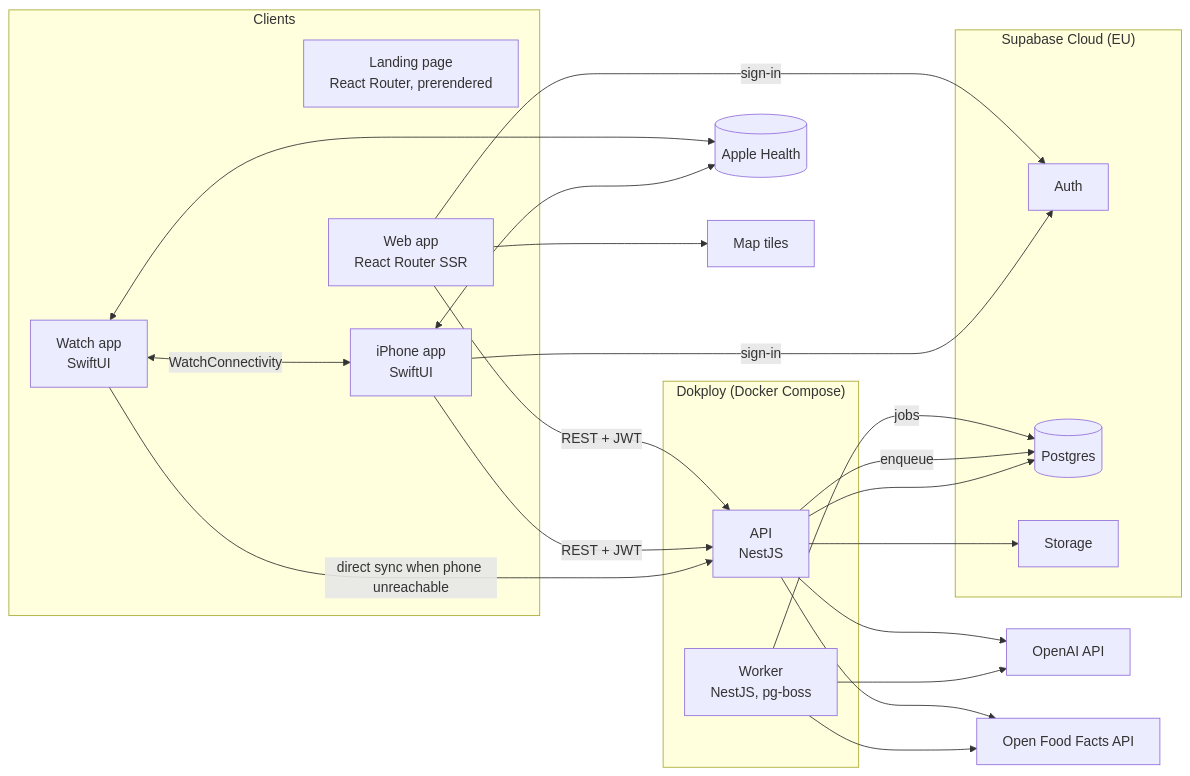
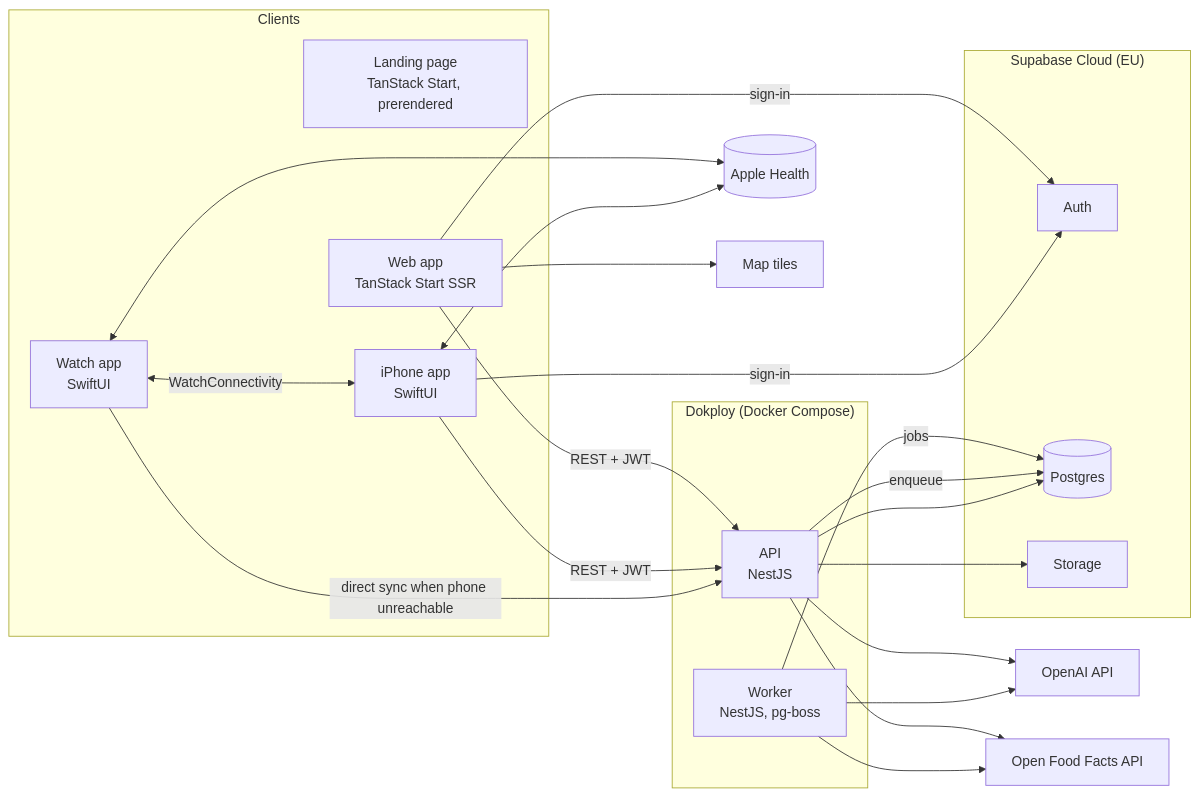
One commit to soeenplop/enduva changed the diagram in docs/plan/02-architecture.md. Above: the diagram before and after it, drawn with Mermaid. The commit also changed other lines of this file and 3 other files, not shown here.

First line of the commit message:
docs(plan): use TanStack Start for web and landing

````diff
--- a/docs/plan/02-architecture.md
+++ b/docs/plan/02-architecture.md
@@ -5,43 +5,43 @@
 ```mermaid
 flowchart LR
   subgraph Clients
-    LP[Landing page<br/>React Router, prerendered]
-    WEB[Web app<br/>React Router SSR]
+    LP[Landing page<br/>TanStack Start, prerendered]
+    WEB[Web app<br/>TanStack Start SSR]
     IOS[iPhone app<br/>SwiftUI]
     WATCH[Watch app<br/>SwiftUI]
   end
 
   subgraph Dokploy["Dokploy (Docker Compose)"]
     API[API<br/>NestJS]
     WORKER[Worker<br/>NestJS, pg-boss]
   end
 
   subgraph Supabase["Supabase Cloud (EU)"]
     AUTH[Auth]
     PG[(Postgres)]
     STORE[Storage]
   end
 
   HK[(Apple Health)]
   OAI[OpenAI API]
   OFF[Open Food Facts API]
   TILES[Map tiles]
 
   WATCH <-- WatchConnectivity --> IOS
   WATCH -- direct sync when phone unreachable --> API
   IOS <--> HK
   WATCH <--> HK
   IOS -- REST + JWT --> API
   WEB -- REST + JWT --> API
   IOS -- sign-in --> AUTH
   WEB -- sign-in --> AUTH
   API --> PG
   API --> STORE
   API -- enqueue --> PG
   WORKER -- jobs --> PG
   WORKER --> OAI
   API --> OAI
   WORKER --> OFF
   API --> OFF
   WEB --> TILES
 ```
````
